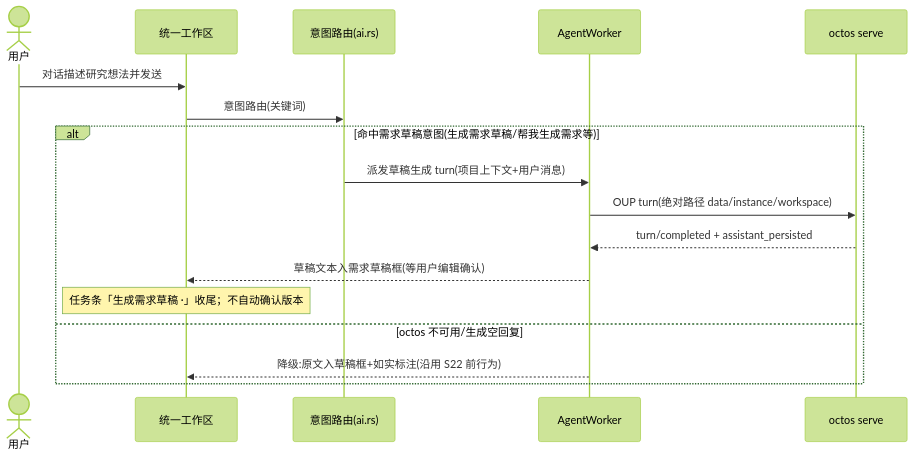
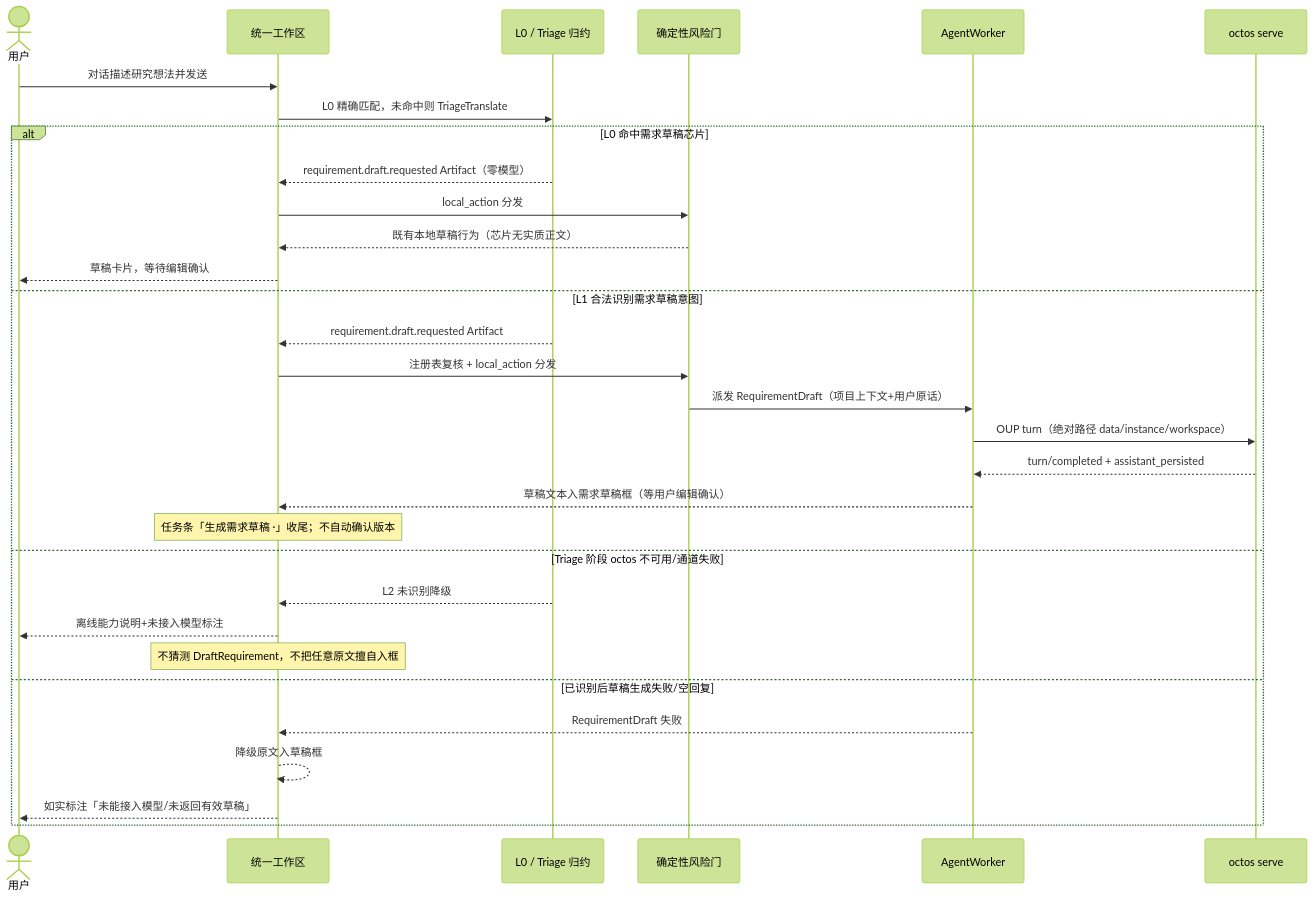
One commit to dorname/nautilus_trader changed the diagram in logos/resources/prd/3-technical-plan/2-scenario-implementation/core-S23-requirement-draft-llm.md. Above: the diagram before and after it, drawn with Mermaid (forest theme). The commit also changed other lines of this file and 26 other files, not shown here.

````diff
--- a/logos/resources/prd/3-technical-plan/2-scenario-implementation/core-S23-requirement-draft-llm.md
+++ b/logos/resources/prd/3-technical-plan/2-scenario-implementation/core-S23-requirement-draft-llm.md
@@ -5,19 +5,33 @@
 ```mermaid
 sequenceDiagram
     actor U as 用户
     participant G as 统一工作区
-    participant R as 意图路由(ai.rs)
+    participant R as L0 / Triage 归约
+    participant H as 确定性风险门
     participant A as AgentWorker
     participant O as octos serve
     U->>G: 对话描述研究想法并发送
-    G->>R: 意图路由(关键词)
-    alt 命中需求草稿意图(生成需求草稿/帮我生成需求等)
-        R->>A: 派发草稿生成 turn(项目上下文+用户消息)
-        A->>O: OUP turn(绝对路径 data/instance/workspace)
+    G->>R: L0 精确匹配，未命中则 TriageTranslate
+    alt L0 命中需求草稿芯片
+        R-->>G: requirement.draft.requested Artifact（零模型）
+        G->>H: local_action 分发
+        H-->>G: 既有本地草稿行为（芯片无实质正文）
+        G-->>U: 草稿卡片，等待编辑确认
+    else L1 合法识别需求草稿意图
+        R-->>G: requirement.draft.requested Artifact
+        G->>H: 注册表复核 + local_action 分发
+        H->>A: 派发 RequirementDraft（项目上下文+用户原话）
+        A->>O: OUP turn（绝对路径 data/instance/workspace）
         O-->>A: turn/completed + assistant_persisted
-        A-->>G: 草稿文本入需求草稿框(等用户编辑确认)
+        A-->>G: 草稿文本入需求草稿框（等用户编辑确认）
         Note over G: 任务条「生成需求草稿 ·」收尾；不自动确认版本
-    else octos 不可用/生成空回复
-        A-->>G: 降级:原文入草稿框+如实标注(沿用 S22 前行为)
+    else Triage 阶段 octos 不可用/通道失败
+        R-->>G: L2 未识别降级
+        G-->>U: 离线能力说明+未接入模型标注
+        Note over G: 不猜测 DraftRequirement，不把任意原文擅自入框
+    else 已识别后草稿生成失败/空回复
+        A-->>G: RequirementDraft 失败
+        G-->>G: 降级原文入草稿框
+        G-->>U: 如实标注「未能接入模型/未返回有效草稿」
     end
 ```
````
